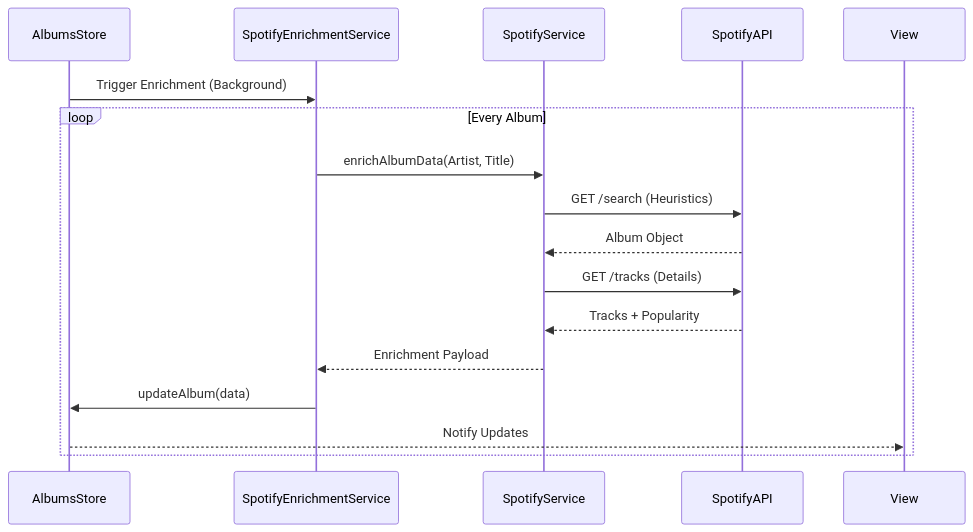
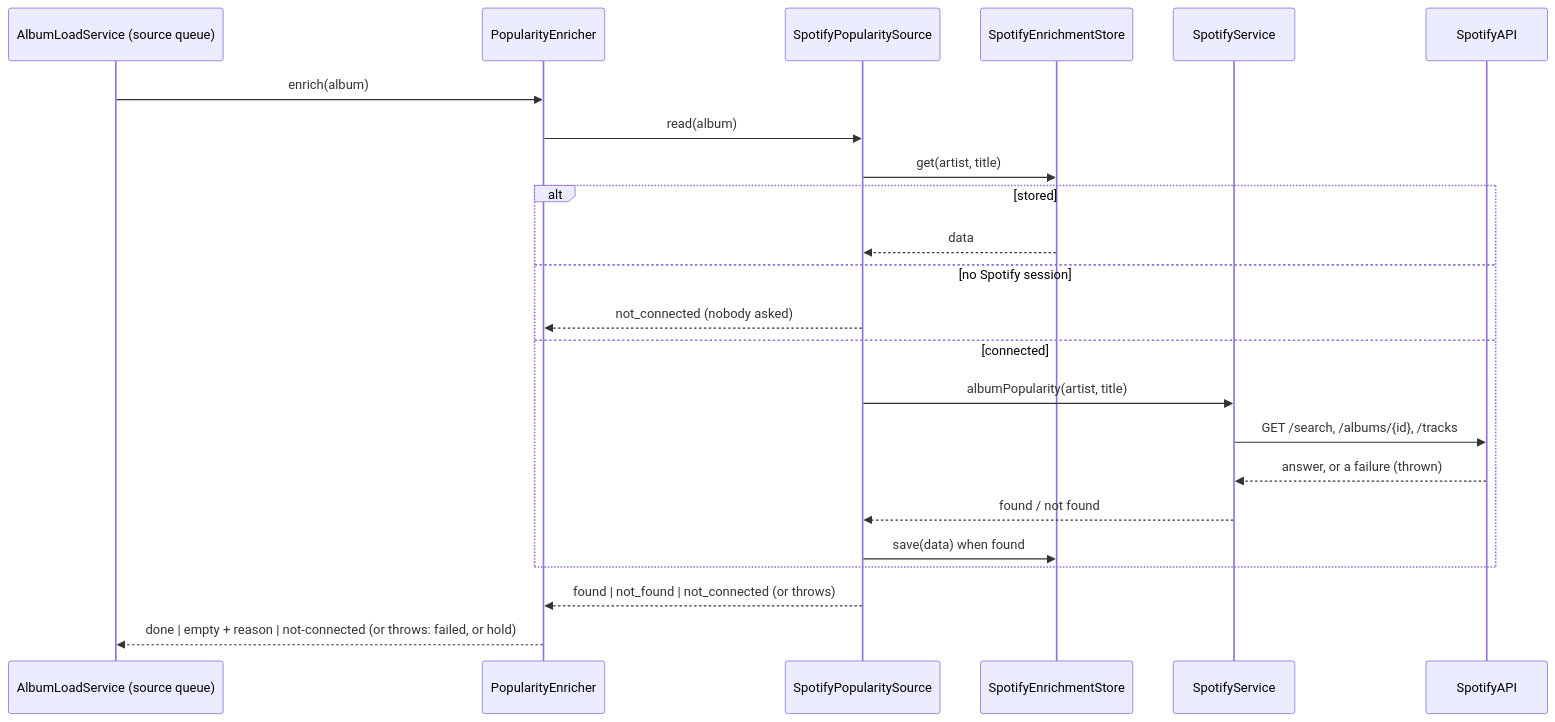
One commit to maujrp99/MJRP_AlbumsBalancedPlaylists_v0 changed the diagram in docs/manual/06_Frontend_Data_Store.md. Above: the diagram before and after it, drawn with Mermaid. The commit also changed other lines of this file and 15 other files, not shown here.

````diff
--- a/docs/manual/06_Frontend_Data_Store.md
+++ b/docs/manual/06_Frontend_Data_Store.md
@@ -81,19 +79,26 @@
 ```mermaid
 sequenceDiagram
-    participant Store as AlbumsStore
-    participant Service as SpotifyEnrichmentService
+    participant Load as AlbumLoadService (source queue)
+    participant Enricher as PopularityEnricher
+    participant Source as SpotifyPopularitySource
+    participant Stored as SpotifyEnrichmentStore
     participant API as SpotifyService
     participant External as SpotifyAPI
 
-    Store->>Service: Trigger Enrichment (Background)
-    loop Every Album
-        Service->>API: enrichAlbumData(Artist, Title)
-        API->>External: GET /search (Heuristics)
-        External-->>API: Album Object
-        API->>External: GET /tracks (Details)
-        External-->>API: Tracks + Popularity
-        API-->>Service: Enrichment Payload
-        Service->>Store: updateAlbum(data)
-        Store-->>View: Notify Updates
+    Load->>Enricher: enrich(album)
+    Enricher->>Source: read(album)
+    Source->>Stored: get(artist, title)
+    alt stored
+        Stored-->>Source: data
+    else no Spotify session
+        Source-->>Enricher: not_connected (nobody asked)
+    else connected
+        Source->>API: albumPopularity(artist, title)
+        API->>External: GET /search, /albums/{id}, /tracks
+        External-->>API: answer, or a failure (thrown)
+        API-->>Source: found / not found
+        Source->>Stored: save(data) when found
     end
+    Source-->>Enricher: found | not_found | not_connected (or throws)
+    Enricher-->>Load: done | empty + reason | not-connected (or throws: failed, or hold)
 ```
````
